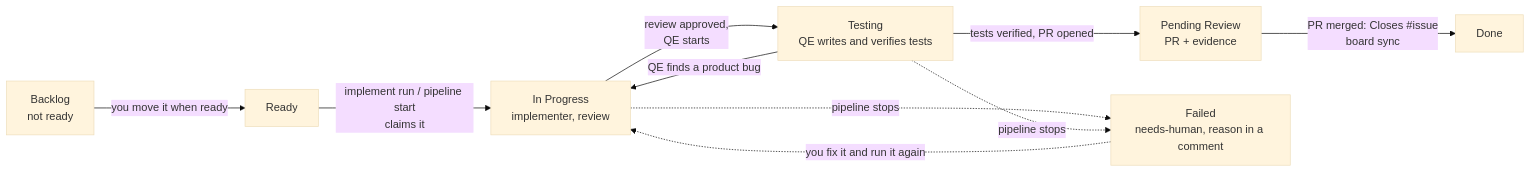
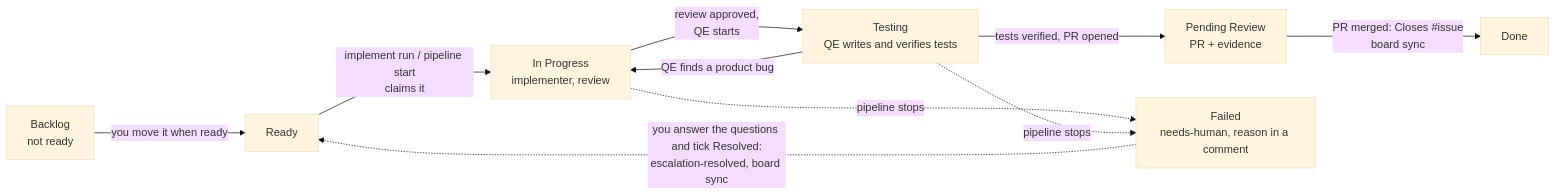
One commit to armandodollia-slalom/AI-Immersion-eShop changed the diagram in docs/ai-pipeline/board.md. Above: the diagram before and after it, drawn with Mermaid (base theme). The commit also changed other lines of this file and 38 other files, not shown here.

Commit message:
docs(pipeline): escalation questions, Resolve flow, requeue and its schedule

````diff
--- a/docs/ai-pipeline/board.md
+++ b/docs/ai-pipeline/board.md
@@ -9,12 +9,12 @@
 ```mermaid
 flowchart LR
   B[Backlog<br/>not ready] -->|you move it when ready| T[Ready]
   T -->|implement run / pipeline start<br/>claims it| P[In Progress<br/>implementer, review]
   P -->|review approved,<br/>QE starts| Q[Testing<br/>QE writes and verifies tests]
   Q -->|QE finds a product bug| P
   Q -->|tests verified, PR opened| R[Pending Review<br/>PR + evidence]
   R -->|PR merged: Closes #issue<br/>board sync| D[Done]
   P -.->|pipeline stops| F[Failed<br/>needs-human, reason in a comment]
   Q -.->|pipeline stops| F
-  F -.->|you fix it and run it again| P
+  F -.->|you answer the questions and tick Resolved:<br/>escalation-resolved, board sync| T
 ```
````
